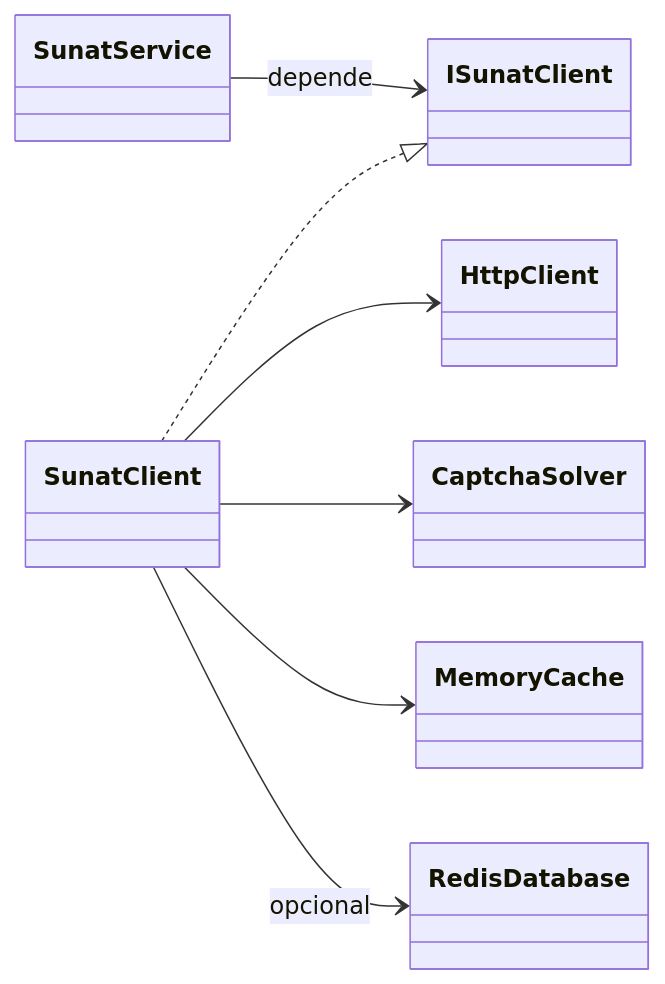
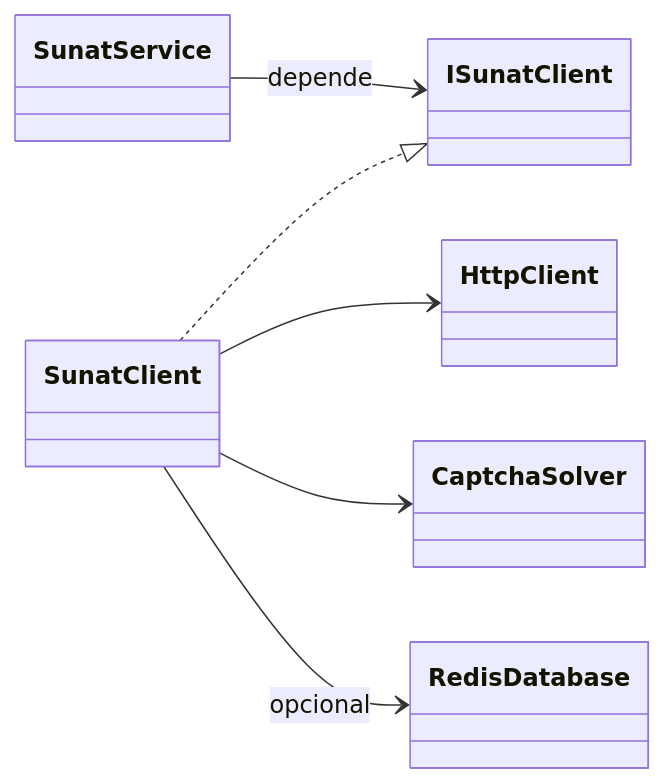
Before and after one commit to CiaphasC/sunat-ruc-api: the third of 3 diagrams in README.md, drawn with Mermaid. The commit also changed other lines of this file and 2 other files, not shown here.

````diff
--- a/README.md
+++ b/README.md
@@ -221,18 +222,16 @@
 ```mermaid
 classDiagram
     direction LR
     class SunatService
     class ISunatClient
     class SunatClient
     class HttpClient
     class CaptchaSolver
-    class MemoryCache
     class RedisDatabase
 
     SunatService --> ISunatClient : depende
     SunatClient ..|> ISunatClient
     SunatClient --> HttpClient
     SunatClient --> CaptchaSolver
-    SunatClient --> MemoryCache
     SunatClient --> RedisDatabase : opcional
 ```
````
